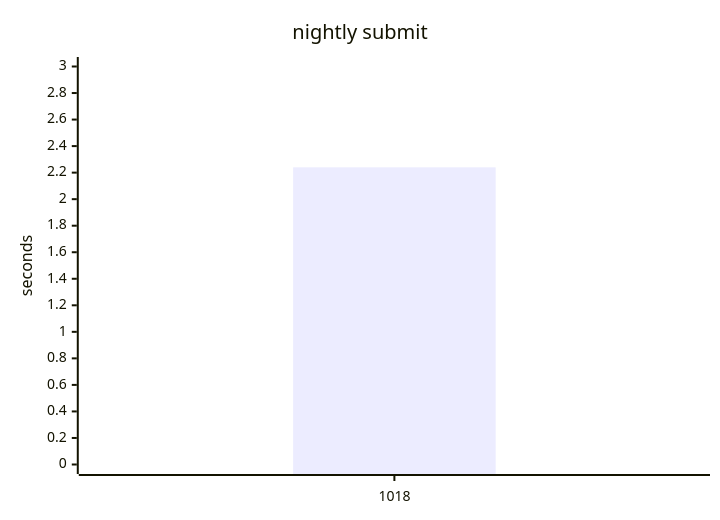
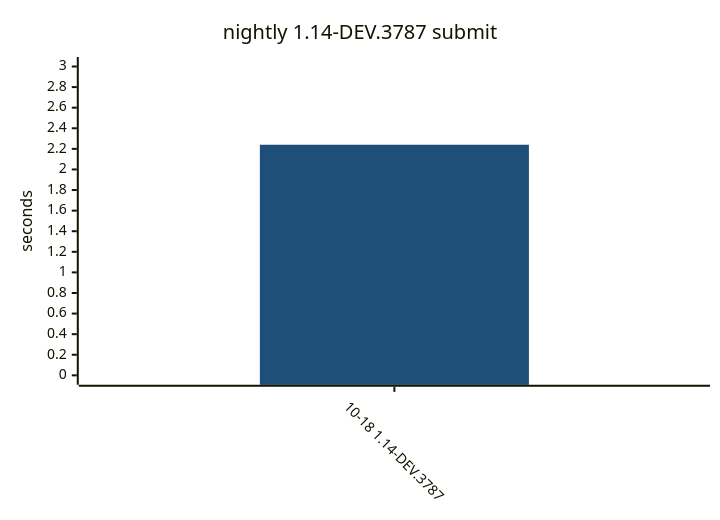
Before and after one commit to yamanori99/DistSSHQueue.jl: diagram 13 of 15 in README.md, drawn with Mermaid. The commit also changed other lines of this file and 1 other file, not shown here.

Commit message:
Record compile bench for 1.14-nightly.

````diff
--- a/README.md
+++ b/README.md
@@ -324,7 +444,17 @@
 ```mermaid
+---
+config:
+  theme: base
+  themeVariables:
+    xyChart:
+      plotColorPalette: "#1f4e79"
+  xyChart:
+    xAxis:
+      labelRotation: 45
+---
 xychart-beta
-    title "nightly submit"
-    x-axis ["1018"]
+    title "nightly 1.14-DEV.3787 submit"
+    x-axis ["10-18 1.14-DEV.3787"]
     y-axis "seconds" 0 --> 3
     bar [2.24]
 ```
````
